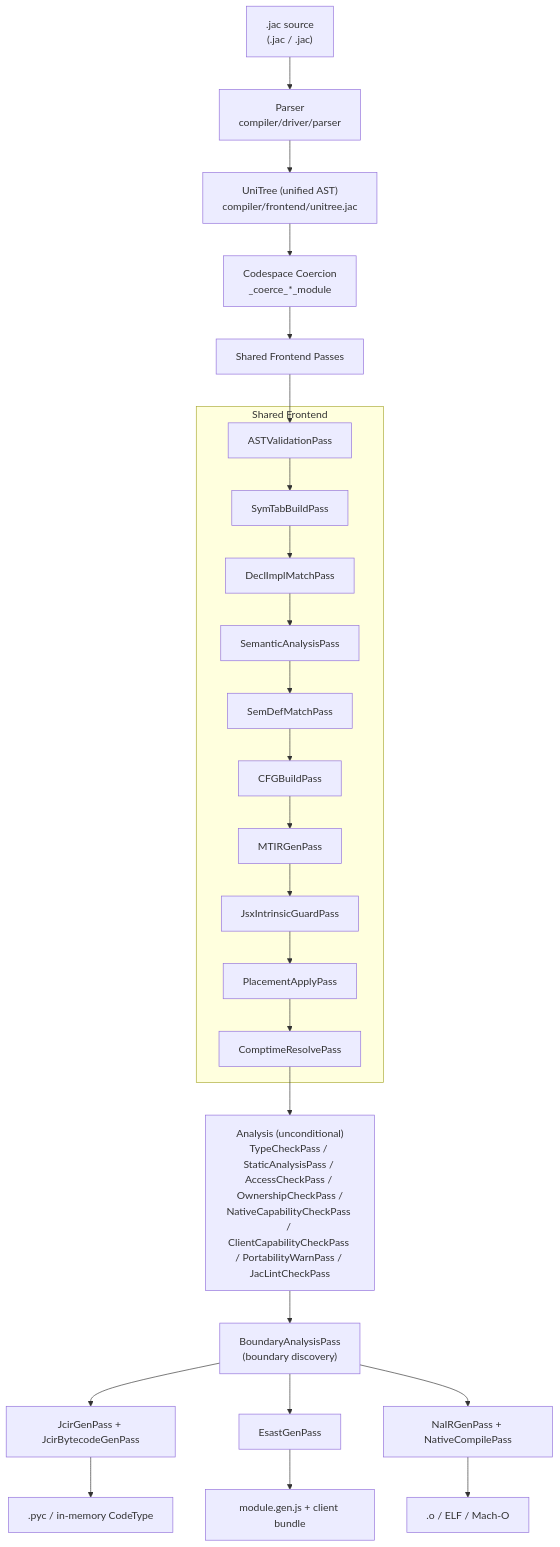
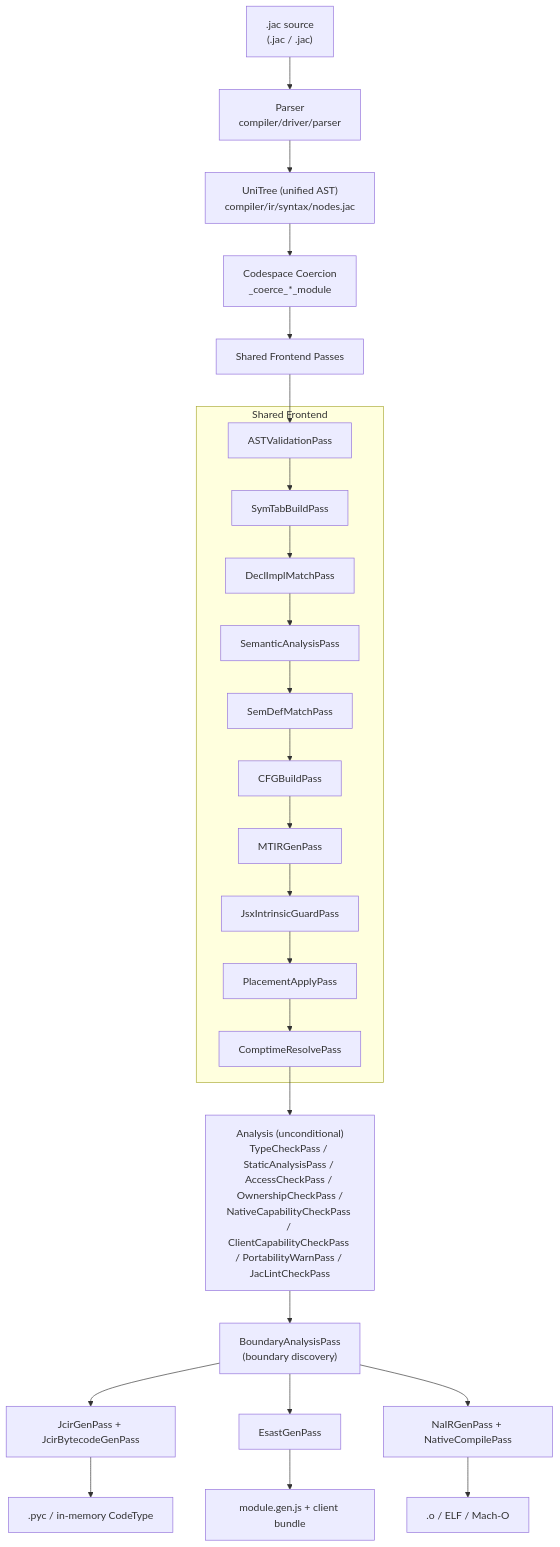
Before and after one commit to jaseci-labs/jac: the second of 3 diagrams in jac/jaclang/cli/docs/internals/compiler_architecture.md, drawn with Mermaid. The commit also changed other lines of this file and 960 other files, not shown here.

````diff
--- a/jac/jaclang/cli/docs/internals/compiler_architecture.md
+++ b/jac/jaclang/cli/docs/internals/compiler_architecture.md
@@ -98,31 +98,31 @@
 ```mermaid
 graph TD
     SRC[".jac source<br/>(.jac / .jac)"] --> PARSE[Parser<br/>compiler/driver/parser]
-    PARSE --> UNI["UniTree (unified AST)<br/>compiler/frontend/unitree.jac"]
+    PARSE --> UNI["UniTree (unified AST)<br/>compiler/ir/syntax/nodes.jac"]
     UNI --> COERCE["Codespace Coercion<br/>_coerce_*_module"]
     COERCE --> FRONTEND[Shared Frontend Passes]
 
     subgraph FRONTEND_PASSES["Shared Frontend"]
         FE1[ASTValidationPass]
         FE2[SymTabBuildPass]
         FE3[DeclImplMatchPass]
         FE4[SemanticAnalysisPass]
         FE5[SemDefMatchPass]
         FE6[CFGBuildPass]
         FE7[MTIRGenPass]
         FE8[JsxIntrinsicGuardPass]
         FE9[PlacementApplyPass]
         FE10[ComptimeResolvePass]
     end
 
     FRONTEND --> FE1 --> FE2 --> FE3 --> FE4 --> FE5 --> FE6 --> FE7 --> FE8 --> FE9 --> FE10
     FE10 --> TYPECK["Analysis (unconditional)<br/>TypeCheckPass / StaticAnalysisPass / AccessCheckPass / OwnershipCheckPass /<br/>NativeCapabilityCheckPass / ClientCapabilityCheckPass / PortabilityWarnPass / JacLintCheckPass"]
     TYPECK --> INTEROP["BoundaryAnalysisPass<br/>(boundary discovery)"]
     INTEROP --> SV[JcirGenPass + JcirBytecodeGenPass]
     INTEROP --> CL[EsastGenPass]
     INTEROP --> NA[NaIRGenPass + NativeCompilePass]
 
     SV --> SVOUT[".pyc / in-memory CodeType"]
     CL --> CLOUT["module.gen.js + client bundle"]
     NA --> NAOUT[".o / ELF / Mach-O"]
 ```
````
